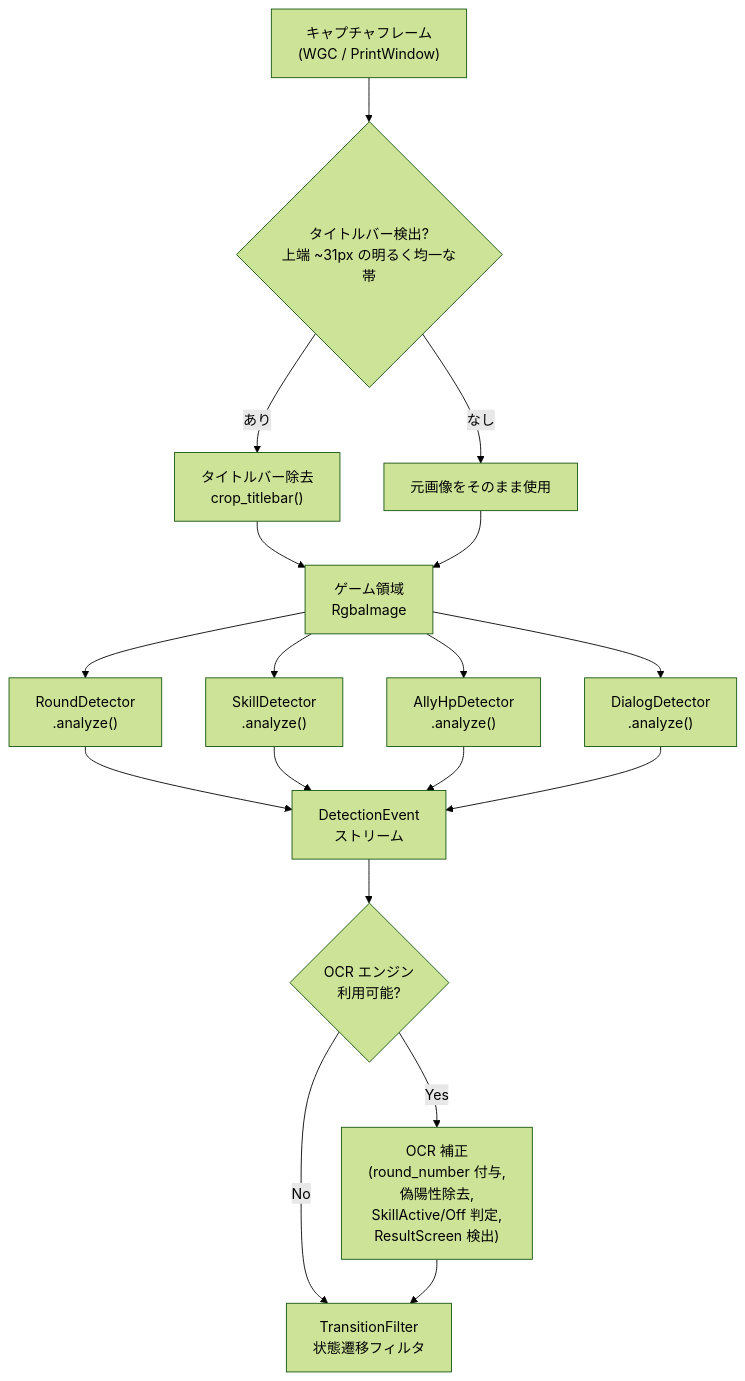
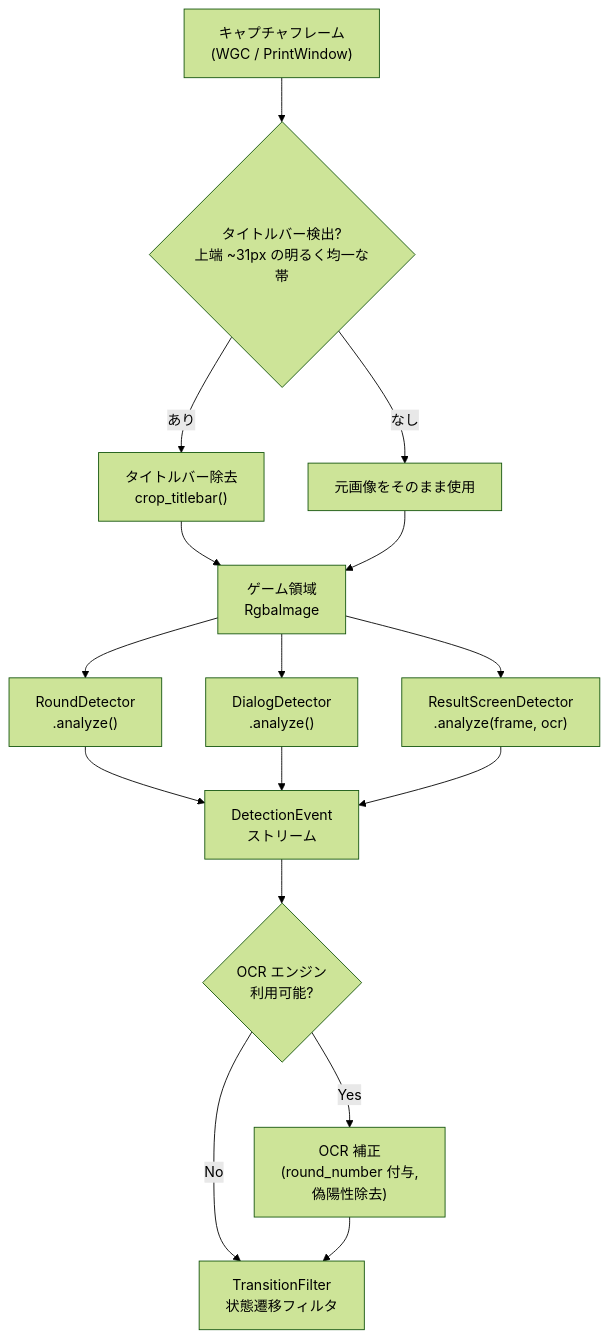
One commit to naa0yama/dna-assistant changed the second of 4 diagrams in docs/specs/components/detection-overview.md. Above: the diagram before and after it, drawn with Mermaid (forest theme). The commit also changed other lines of this file and 86 other files, not shown here.

First line of the commit message:
feat(dna-detector): add ResultScreen detector, unify ROIs, and refactor round number detection

````diff
--- a/docs/specs/components/detection-overview.md
+++ b/docs/specs/components/detection-overview.md
@@ -65,21 +64,19 @@
 ```mermaid
 flowchart TD
     FRAME["キャプチャフレーム\n(WGC / PrintWindow)"]
     FRAME --> TB{"タイトルバー検出?\n上端 ~31px の明るく均一な帯"}
     TB -- あり --> CROP["タイトルバー除去\ncrop_titlebar()"]
     TB -- なし --> CLONE["元画像をそのまま使用"]
     CROP --> GAME["ゲーム領域\nRgbaImage"]
     CLONE --> GAME
     GAME --> ROUND["RoundDetector\n.analyze()"]
-    GAME --> SKILL["SkillDetector\n.analyze()"]
-    GAME --> ALLYHP["AllyHpDetector\n.analyze()"]
     GAME --> DIALOG["DialogDetector\n.analyze()"]
+    GAME --> RESULT["ResultScreenDetector\n.analyze(frame, ocr)"]
     ROUND --> EVENTS["DetectionEvent\nストリーム"]
-    SKILL --> EVENTS
-    ALLYHP --> EVENTS
     DIALOG --> EVENTS
+    RESULT --> EVENTS
     EVENTS --> OCR{"OCR エンジン\n利用可能?"}
-    OCR -- Yes --> OCR_ENRICH["OCR 補正\n(round_number 付与,\n偽陽性除去,\nSkillActive/Off 判定,\nResultScreen 検出)"]
+    OCR -- Yes --> OCR_ENRICH["OCR 補正\n(round_number 付与,\n偽陽性除去)"]
     OCR -- No --> TRANSITION["TransitionFilter\n状態遷移フィルタ"]
     OCR_ENRICH --> TRANSITION
 ```
````
